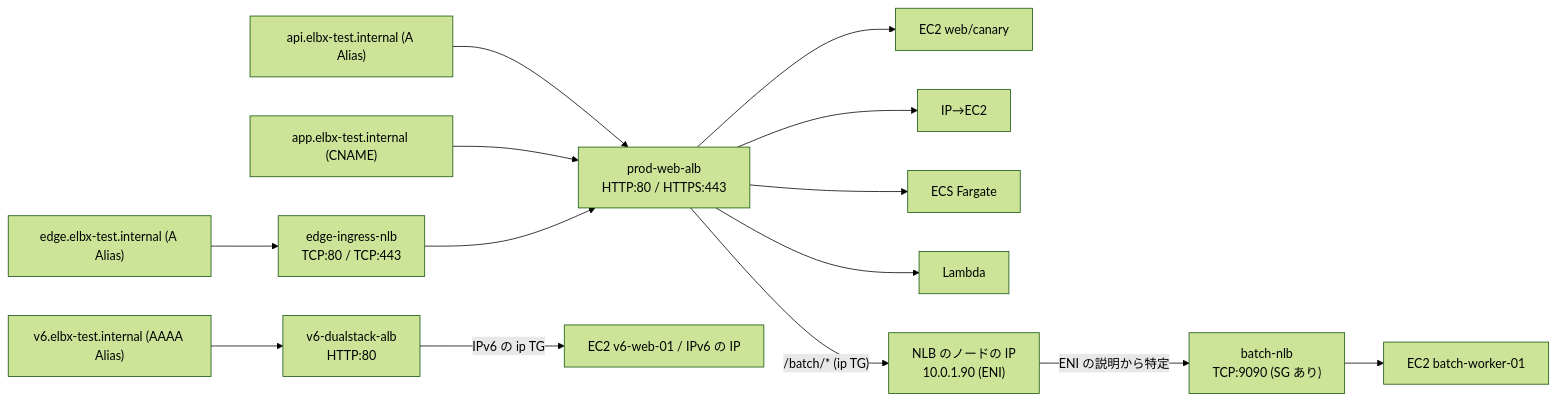
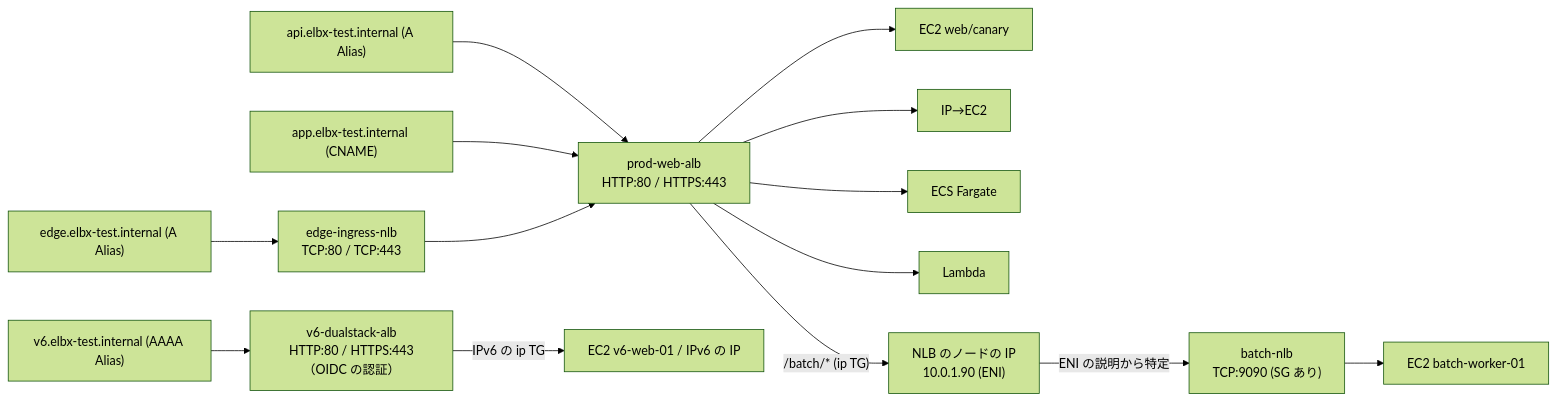
The second of 2 diagrams in README.ja.md (gyuro-dev/elbx), drawn with Mermaid (forest theme) before and after one commit. The commit also changed other lines of this file and 136 other files, not shown here.

````diff
--- a/README.ja.md
+++ b/README.ja.md
@@ -994,16 +1002,16 @@
 ```mermaid
 flowchart LR
     R1["api.elbx-test.internal (A Alias)"] --> ALB
     R2["app.elbx-test.internal (CNAME)"] --> ALB
     R3["edge.elbx-test.internal (A Alias)"] --> NLB1
     NLB1["edge-ingress-nlb<br/>TCP:80 / TCP:443"] --> ALB
     ALB["prod-web-alb<br/>HTTP:80 / HTTPS:443"] --> EC2["EC2 web/canary"]
     ALB --> IP["IP→EC2"]
     ALB --> ECS["ECS Fargate"]
     ALB --> L["Lambda"]
     ALB -->|"/batch/* (ip TG)"| ENI["NLB のノードの IP<br/>10.0.1.90 (ENI)"]
     ENI -->|"ENI の説明から特定"| NLB2["batch-nlb<br/>TCP:9090 (SG あり)"]
     NLB2 --> B["EC2 batch-worker-01"]
-    R4["v6.elbx-test.internal (AAAA Alias)"] --> ALB6["v6-dualstack-alb<br/>HTTP:80"]
+    R4["v6.elbx-test.internal (AAAA Alias)"] --> ALB6["v6-dualstack-alb<br/>HTTP:80 / HTTPS:443（OIDC の認証）"]
     ALB6 -->|"IPv6 の ip TG"| V6["EC2 v6-web-01 / IPv6 の IP"]
 ```
````
